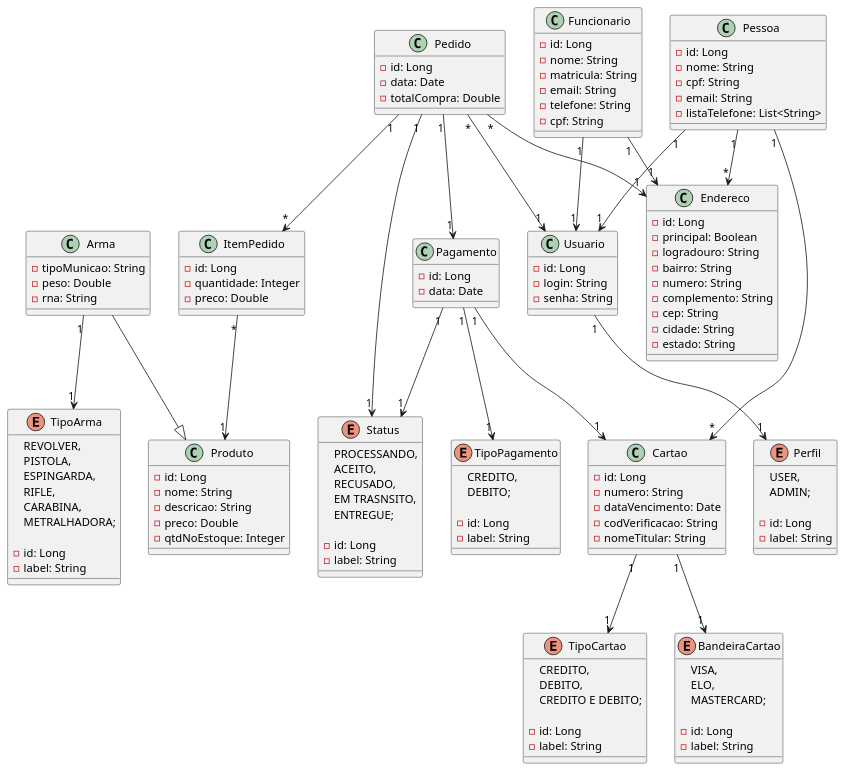
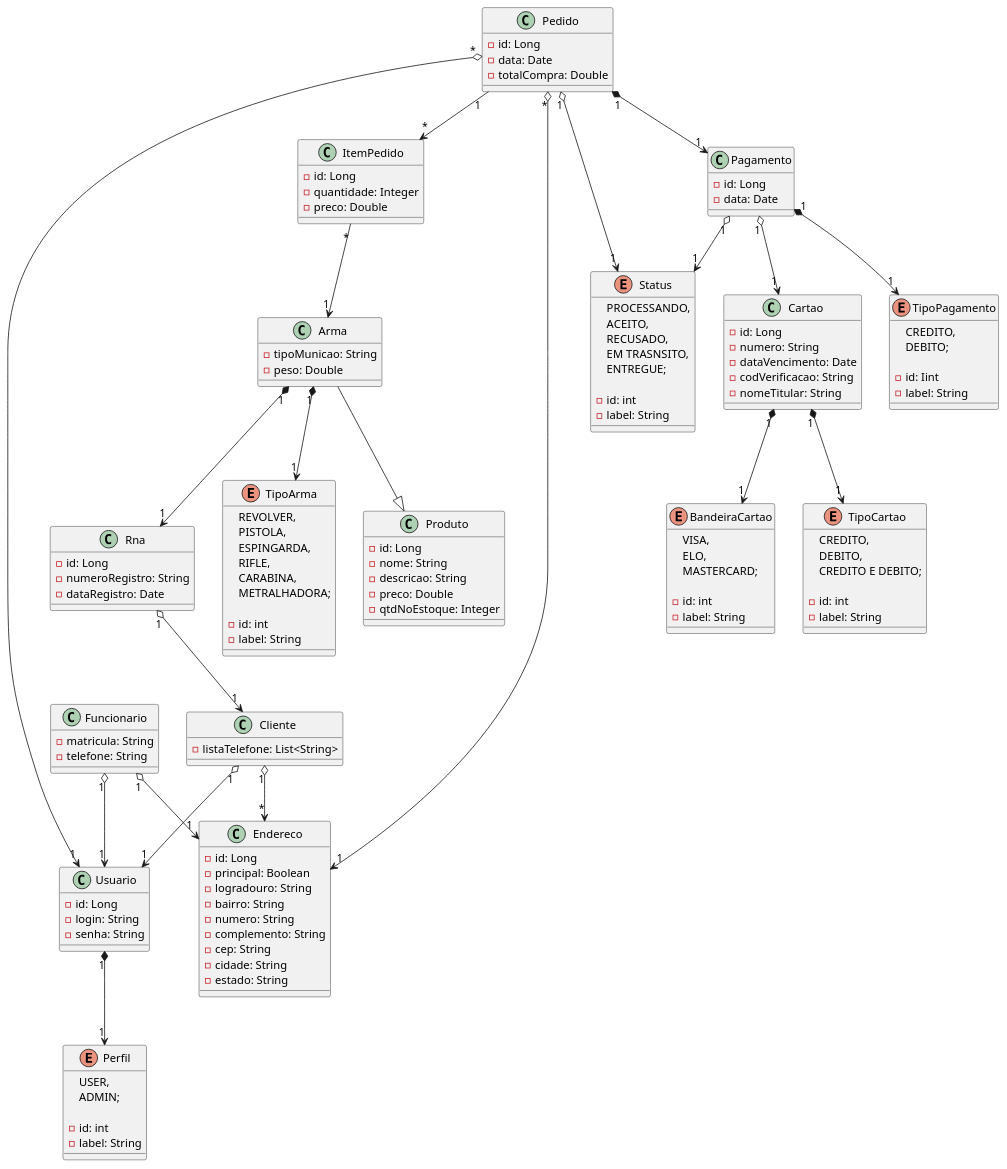
One commit to daniel-ferreira-da-costa/militropa changed the diagram in src/main/java/unitins/tp1/docs/uml_militropa.plantuml. Above: the diagram before and after it, drawn with PlantUML. The commit also changed 14 other files, not shown here.

Commit message:
Alteração de Pessoa pra Cliente, e implementação de funcionario

```diff
--- a/src/main/java/unitins/tp1/docs/uml_militropa.plantuml
+++ b/src/main/java/unitins/tp1/docs/uml_militropa.plantuml
@@ -1,161 +1,160 @@
 @startuml Tabacaria
 '========Produto========='
 class Produto{
     - id: Long
     - nome: String
     - descricao: String
     - preco: Double
     - qtdNoEstoque: Integer
 }
 
 class Arma{
     - tipoMunicao: String
     - peso: Double
-    - rna: String
+}
+
+class Rna{
+    - id: Long
+    - numeroRegistro: String
+    - dataRegistro: Date
 }
 
 enum TipoArma{
     REVOLVER,
     PISTOLA,
     ESPINGARDA,
     RIFLE,
     CARABINA,
     METRALHADORA;
 
-    - id: Long
+    - id: int
     - label: String
 }
 
 '========Usuario========='
 class Usuario{
     - id: Long
     - login: String
     - senha: String
 }
 
 enum Perfil{
     USER, 
     ADMIN;
 
-    - id: Long
+    - id: int
     - label: String
 }
 
 class Funcionario{
-    - id: Long
-    - nome: String
     - matricula: String
-    - email: String
     - telefone: String
-    - cpf: String
 }
 
-class Pessoa{
-    - id: Long
-    - nome: String
-    - cpf: String
-    - email: String
+class Cliente{
     - listaTelefone: List<String>
 }
 '========Venda========='
 class Pedido {
     - id: Long
     - data: Date
     - totalCompra: Double
 }
 
 class ItemPedido {
     - id: Long
     - quantidade: Integer
     - preco: Double
 }
 
 enum Status{
     PROCESSANDO, 
     ACEITO,
     RECUSADO,
     EM TRASNSITO,
     ENTREGUE;
 
-    - id: Long
+    - id: int
     - label: String
 }
 '========Pagamento========='
 class Pagamento{
     - id: Long
     - data: Date
 }
 
 class Cartao{
     - id: Long
     - numero: String
     - dataVencimento: Date
     - codVerificacao: String
     - nomeTitular: String
 }
 
 enum TipoCartao{
     CREDITO, 
     DEBITO, 
     CREDITO E DEBITO;
 
-    - id: Long
+    - id: int
     - label: String 
 }
 
 enum TipoPagamento {
     CREDITO, 
     DEBITO;
 
-    - id: Long
+    - id: Iint
     - label: String 
 }
 
 enum BandeiraCartao {
     VISA,
     ELO,
     MASTERCARD;
 
-    - id: Long
+    - id: int
     - label: String 
 }
 '========Endereco========='
 class Endereco {
     - id: Long
     - principal: Boolean
     - logradouro: String
     - bairro: String
     - numero: String
     - complemento: String
     - cep: String
     - cidade: String
     - estado: String
 }
 
 '========Relacionamentos========='
 
-Pedido "1" --> "1" Pagamento
+Pedido "1" *--> "1" Pagamento
 Pedido "1" --> "*" ItemPedido
-Pedido "1" --> "1" Status
-Pedido "*" --> "1" Usuario
-Pedido "*" --> "1" Endereco
+Pedido "1" o--> "1" Status
+Pedido "*" o--> "1" Usuario
+Pedido "*" o--> "1" Endereco
 
-Pagamento "1" --> "1" Status
-Pagamento "1" --> "1" Cartao
-Pagamento "1" --> "1" TipoPagamento
+Pagamento "1" o--> "1" Status
+Pagamento "1" o--> "1" Cartao
+Pagamento "1" *--> "1" TipoPagamento
 
-Cartao "1" --> "1" TipoCartao
-Cartao "1" --> "1" BandeiraCartao
+Cartao "1" *--> "1" TipoCartao
+Cartao "1" *--> "1" BandeiraCartao
 
-ItemPedido "*" --> "1" Produto
+ItemPedido "*" --> "1" Arma
 
-Usuario "1" --> "1" Perfil
-Pessoa "1" --> "1" Usuario
-Pessoa "1" --> "*" Endereco
-Pessoa "1" --> "*" Cartao
-Funcionario "1" --> "1" Usuario
-Funcionario "1" --> "1" Endereco
+Usuario "1" *--> "1" Perfil
+Funcionario "1" o--> "1" Usuario
+Funcionario "1" o--> "1" Endereco
+Cliente "1" o--> "*" Endereco
+Cliente "1" o--> "1" Usuario
 
 Arma --|> Produto
-Arma "1" --> "1" TipoArma
+Arma "1" *--> "1" TipoArma
+Arma "1" *--> "1" Rna
+
+Rna "1" o--> "1" Cliente
 @enduml
```
